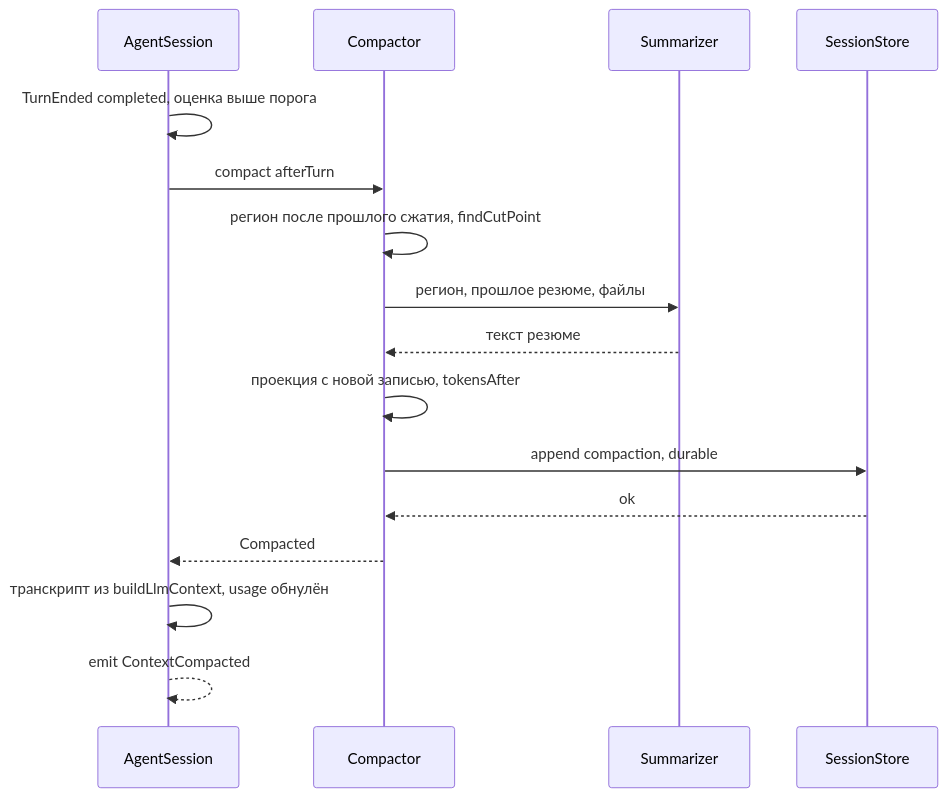
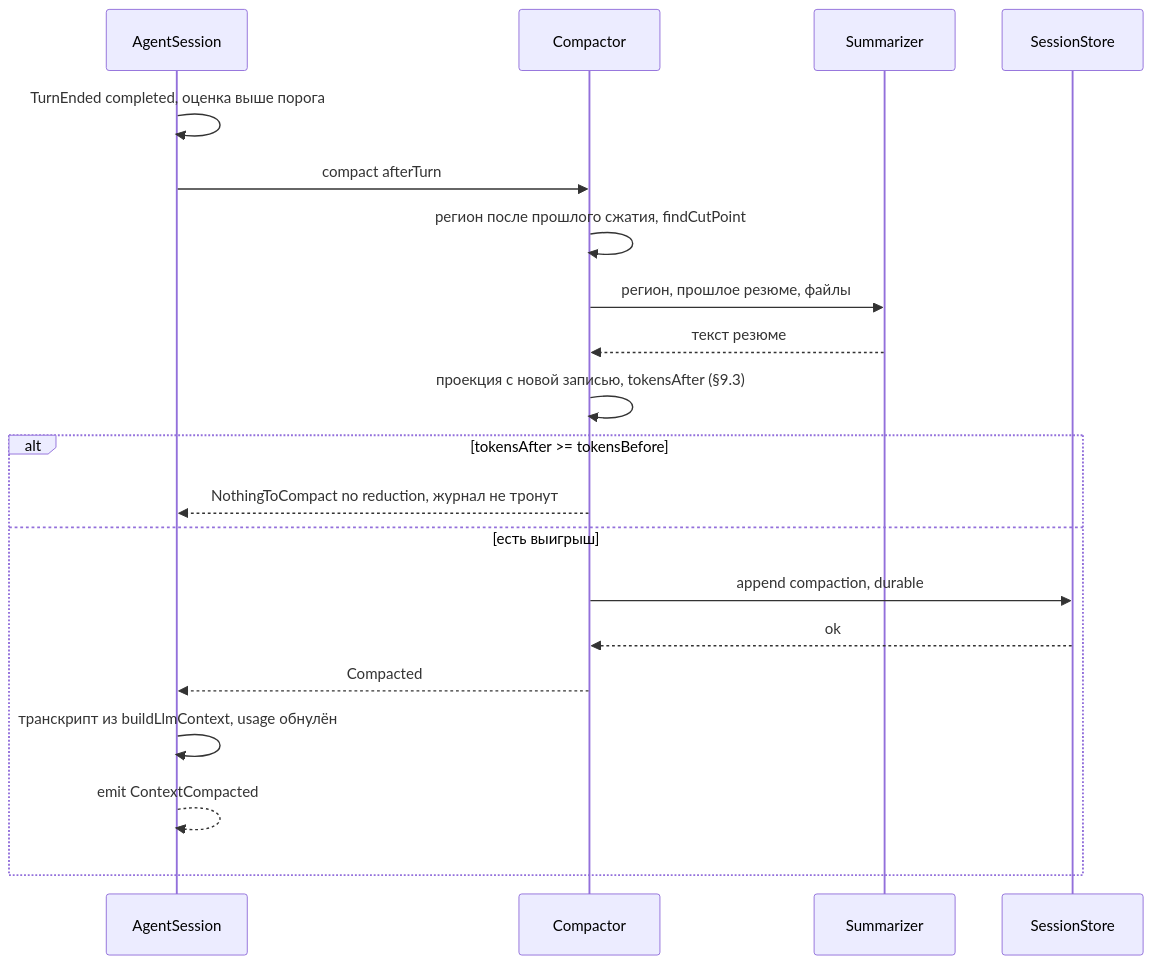
Before and after one commit to pese-git/codelab-app: the diagram in docs/architecture/proposals/agent-core/09-compaction.md, drawn with Mermaid. The commit also changed other lines of this file and 8 other files, not shown here.

Commit message:
docs: fix-compaction-estimate-and-no-gain — согласованная оценка после сжатия (D1, D2), сжатие без выигрыша не применяется (D3, CMP-10), порог по max(after, H(после)) (D9), лог compaction.skipped с reason

````diff
--- a/docs/architecture/proposals/agent-core/09-compaction.md
+++ b/docs/architecture/proposals/agent-core/09-compaction.md
@@ -393,18 +474,22 @@
 ```mermaid
 sequenceDiagram
     participant S as AgentSession
     participant K as Compactor
     participant M as Summarizer
     participant J as SessionStore
     S->>S: TurnEnded completed, оценка выше порога
     S->>K: compact afterTurn
     K->>K: регион после прошлого сжатия, findCutPoint
     K->>M: регион, прошлое резюме, файлы
     M-->>K: текст резюме
-    K->>K: проекция с новой записью, tokensAfter
-    K->>J: append compaction, durable
-    J-->>K: ok
-    K-->>S: Compacted
-    S->>S: транскрипт из buildLlmContext, usage обнулён
-    S-->>S: emit ContextCompacted
+    K->>K: проекция с новой записью, tokensAfter (§9.3)
+    alt tokensAfter >= tokensBefore
+        K-->>S: NothingToCompact no reduction, журнал не тронут
+    else есть выигрыш
+        K->>J: append compaction, durable
+        J-->>K: ok
+        K-->>S: Compacted
+        S->>S: транскрипт из buildLlmContext, usage обнулён
+        S-->>S: emit ContextCompacted
+    end
 ```
````
